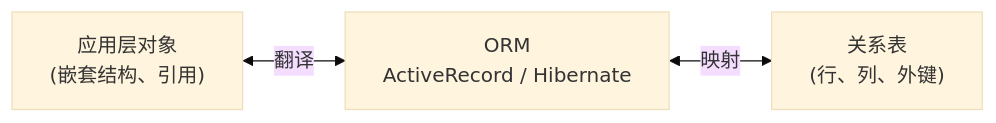
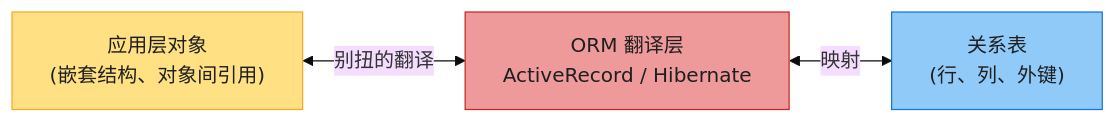
The third of 16 diagrams in ch03-数据模型与查询语言.md (socoo123/ddia_2nd), drawn with Mermaid (base theme) before and after one commit. The commit also changed other lines of this file and 8 other files, not shown here.

First line of the commit message:
重写 ch01-ch09 读书笔记：风格统一 + 内容扩充 + 大量图表

````diff
--- a/ch03-数据模型与查询语言.md
+++ b/ch03-数据模型与查询语言.md
@@ -99,8 +70,12 @@
 ```mermaid
-graph LR
-    OBJ["应用层对象<br/>(嵌套结构、引用)"]
-    ORM["ORM<br/>ActiveRecord / Hibernate"]
+flowchart LR
+    OBJ["应用层对象<br/>(嵌套结构、对象间引用)"]
+    ORM["ORM 翻译层<br/>ActiveRecord / Hibernate"]
     REL["关系表<br/>(行、列、外键)"]
 
-    OBJ <-->|"翻译"| ORM <-->|"映射"| REL
+    OBJ <-->|"别扭的翻译"| ORM <-->|"映射"| REL
+
+    style OBJ fill:#FFE082,stroke:#F9A825,color:#1f1f1f
+    style ORM fill:#EF9A9A,stroke:#C62828,color:#1f1f1f
+    style REL fill:#90CAF9,stroke:#1976D2,color:#1f1f1f
 ```
````
